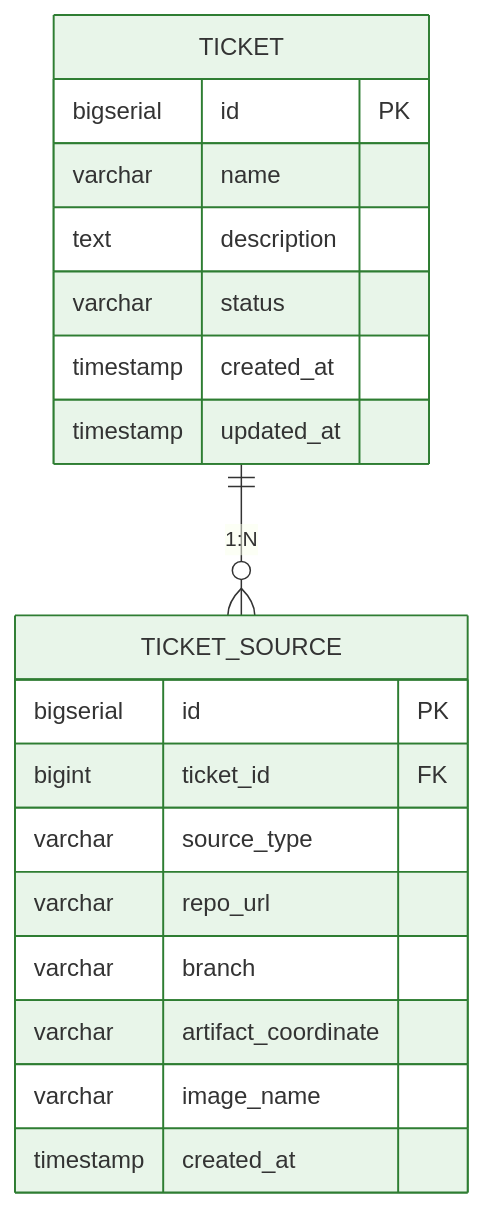
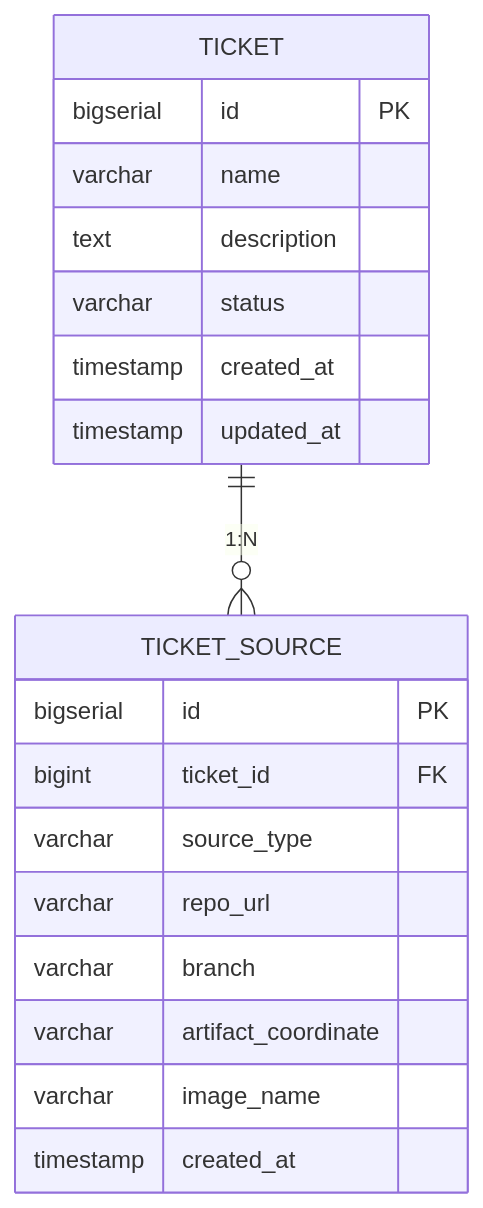
Before and after one commit to scofe97/Redpanda-PlayGround: the first of 3 diagrams in docs/review/01-ticket.md, drawn with Mermaid. The commit also changed 2 other files, not shown here.

Commit message:
docs: backend-deep-dive 토픽 분리 반영 및 review 문서 정리

````diff
--- a/docs/review/01-ticket.md
+++ b/docs/review/01-ticket.md
@@ -21,25 +21,22 @@
 ```mermaid
 erDiagram
     TICKET ||--o{ TICKET_SOURCE : "1:N"
     TICKET {
         bigserial id PK
         varchar name
         text description
         varchar status
         timestamp created_at
         timestamp updated_at
     }
     TICKET_SOURCE {
         bigserial id PK
         bigint ticket_id FK
         varchar source_type
         varchar repo_url
         varchar branch
         varchar artifact_coordinate
         varchar image_name
         timestamp created_at
     }
-
-    style TICKET fill:#e8f5e9,stroke:#2e7d32,color:#333
-    style TICKET_SOURCE fill:#e8f5e9,stroke:#2e7d32,color:#333
 ```
````
